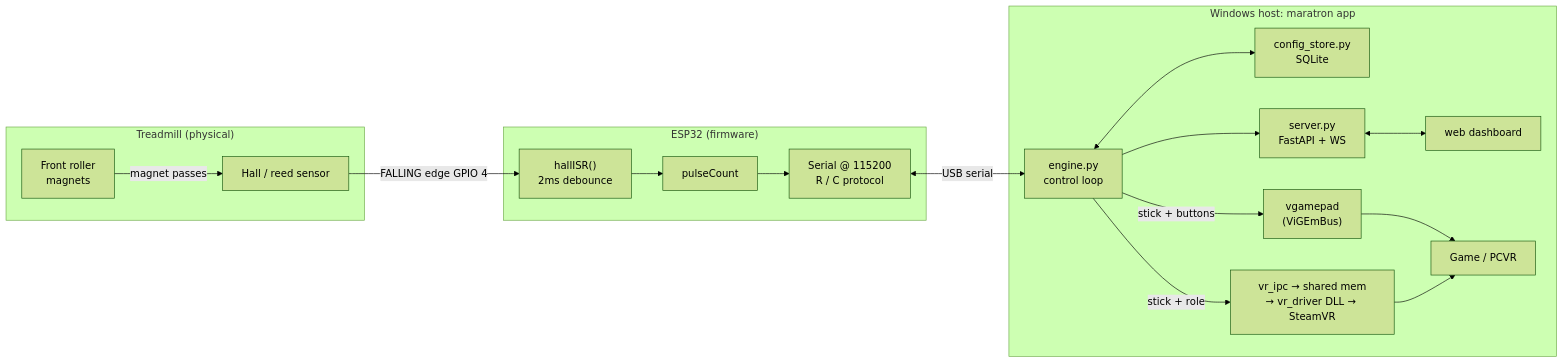
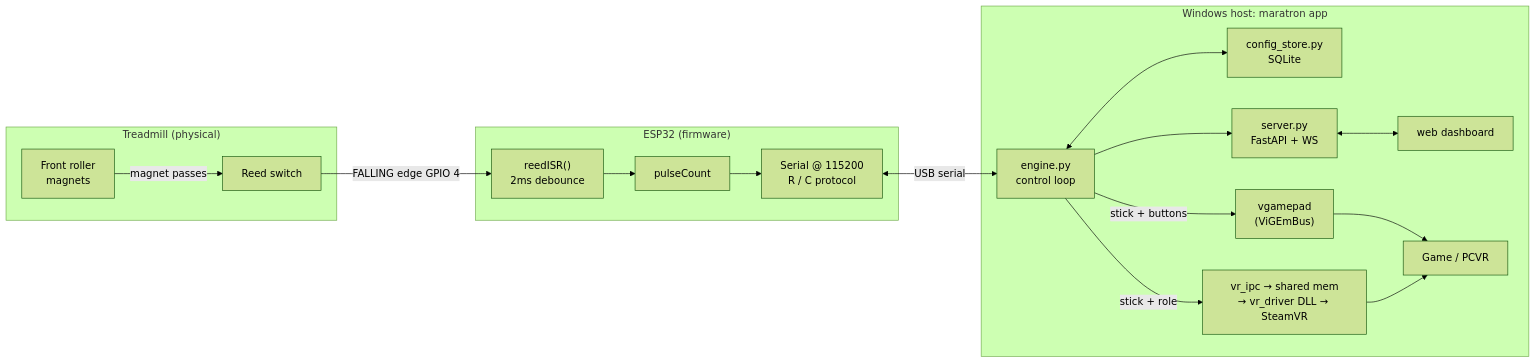
The diagram in README.md (henriquelino/maratron), drawn with Mermaid (forest theme) before and after one commit. The commit also changed other lines of this file and 58 other files, not shown here.

````diff
--- a/README.md
+++ b/README.md
@@ -31,28 +31,28 @@
 ```mermaid
 flowchart LR
     subgraph Treadmill["Treadmill (physical)"]
         Roller["Front roller<br/>magnets"]
-        Hall["Hall / reed sensor"]
-        Roller -- "magnet passes" --> Hall
+        Reed["Reed switch"]
+        Roller -- "magnet passes" --> Reed
     end
     subgraph ESP["ESP32 (firmware)"]
-        ISR["hallISR()<br/>2ms debounce"]
+        ISR["reedISR()<br/>2ms debounce"]
         Counter["pulseCount"]
         SerialFW["Serial @ 115200<br/>R / C protocol"]
-        Hall -- "FALLING edge GPIO 4" --> ISR --> Counter --> SerialFW
+        Reed -- "FALLING edge GPIO 4" --> ISR --> Counter --> SerialFW
     end
     subgraph PC["Windows host: maratron app"]
         Engine["engine.py<br/>control loop"]
         Store["config_store.py<br/>SQLite"]
         Server["server.py<br/>FastAPI + WS"]
         Web["web dashboard"]
         Gamepad["vgamepad<br/>(ViGEmBus)"]
         VR["vr_ipc → shared mem<br/>→ vr_driver DLL → SteamVR"]
         Game["Game / PCVR"]
         SerialFW <-- "USB serial" --> Engine
         Engine <--> Store
         Engine --> Server <--> Web
         Engine -- "stick + buttons" --> Gamepad --> Game
         Engine -- "stick + role" --> VR --> Game
     end
 ```
````
